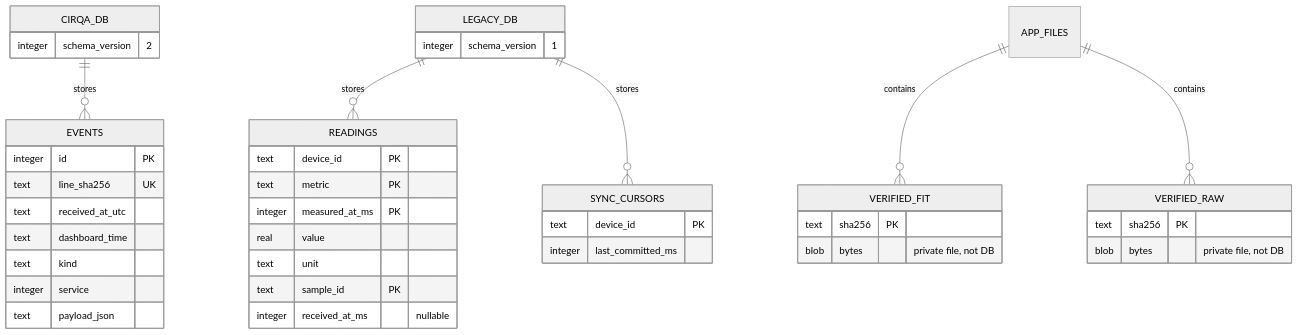
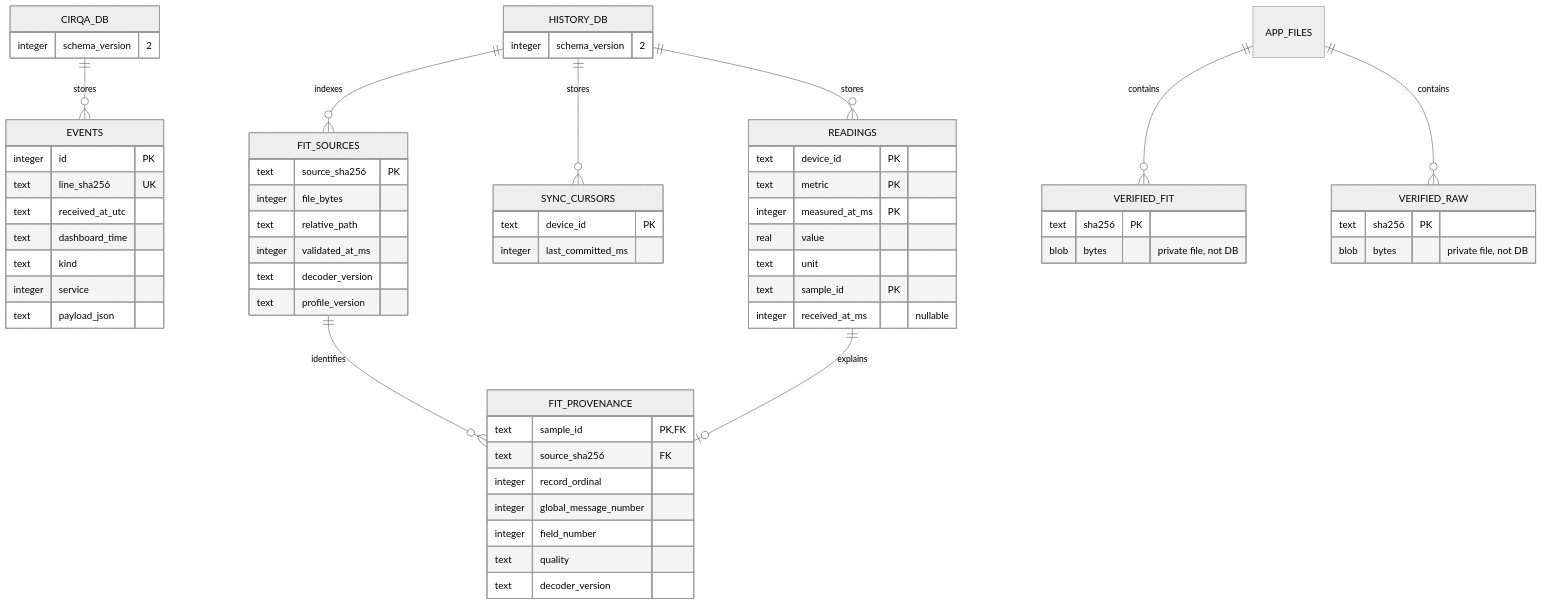
The first of 2 diagrams in docs/protocol/data-model/CIRQA_STORAGE_ARCHITECTURE_ADR_2026-11-18.md (jochenkunkel/pulselibre), drawn with Mermaid (neutral theme) before and after one commit. The commit also changed other lines of this file and 11 other files, not shown here.

Commit message:
feat: persist FIT provenance and backup metadata

````diff
--- a/docs/protocol/data-model/CIRQA_STORAGE_ARCHITECTURE_ADR_2026-11-18.md
+++ b/docs/protocol/data-model/CIRQA_STORAGE_ARCHITECTURE_ADR_2026-11-18.md
@@ -28,45 +29,65 @@
 ```mermaid
 erDiagram
     CIRQA_DB ||--o{ EVENTS : stores
-    LEGACY_DB ||--o{ READINGS : stores
-    LEGACY_DB ||--o{ SYNC_CURSORS : stores
+    HISTORY_DB ||--o{ READINGS : stores
+    HISTORY_DB ||--o{ SYNC_CURSORS : stores
+    HISTORY_DB ||--o{ FIT_SOURCES : indexes
+    FIT_SOURCES ||--o{ FIT_PROVENANCE : identifies
+    READINGS ||--o| FIT_PROVENANCE : explains
     APP_FILES ||--o{ VERIFIED_FIT : contains
     APP_FILES ||--o{ VERIFIED_RAW : contains
 
     CIRQA_DB {
       integer schema_version "2"
     }
     EVENTS {
       integer id PK
       text line_sha256 UK
       text received_at_utc
       text dashboard_time
       text kind
       integer service
       text payload_json
     }
-    LEGACY_DB {
-      integer schema_version "1"
+    HISTORY_DB {
+      integer schema_version "2"
     }
     READINGS {
       text device_id PK
       text metric PK
       integer measured_at_ms PK
       real value
       text unit
       text sample_id PK
       integer received_at_ms "nullable"
     }
     SYNC_CURSORS {
       text device_id PK
       integer last_committed_ms
     }
+    FIT_SOURCES {
+      text source_sha256 PK
+      integer file_bytes
+      text relative_path
+      integer validated_at_ms
+      text decoder_version
+      text profile_version
+    }
+    FIT_PROVENANCE {
+      text sample_id PK,FK
+      text source_sha256 FK
+      integer record_ordinal
+      integer global_message_number
+      integer field_number
+      text quality
+      text decoder_version
+    }
     VERIFIED_FIT {
       text sha256 PK
       blob bytes "private file, not DB"
     }
     VERIFIED_RAW {
       text sha256 PK
       blob bytes "private file, not DB"
     }
 ```
````
